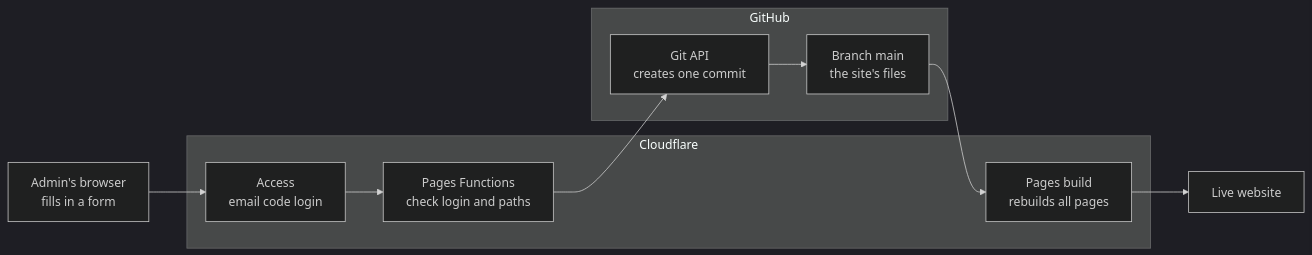
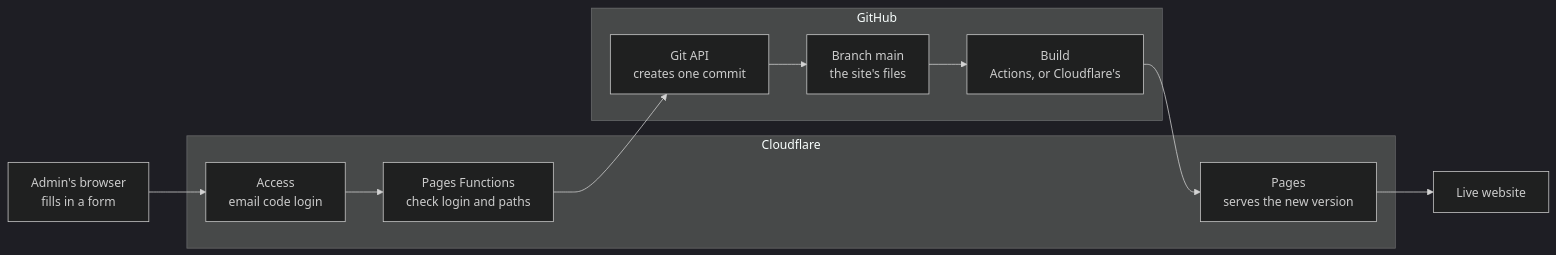
Before and after one commit to frankspeak/site-kit: the diagram in README.md, drawn with Mermaid (dark theme). The commit also changed other lines of this file and 2 other files, not shown here.

Commit message:
README: the build is GitHub Actions or Cloudflare's, not always Cloudflare; layout, private domains dependency, GitHub App reason. Setup script: unconfirmed info@ addresses counted in the summary (test), notes listed once, Worker compatibility date 2026-10-07, docstring points to the README

````diff
--- a/README.md
+++ b/README.md
@@ -15,14 +15,15 @@
 ```mermaid
 flowchart LR
   B[Admin's browser<br>fills in a form]
   subgraph Cloudflare
     A[Access<br>email code login]
     F[Pages Functions<br>check login and paths]
-    P[Pages build<br>rebuilds all pages]
+    P[Pages<br>serves the new version]
   end
   subgraph GitHub
     G[Git API<br>creates one commit]
     M[Branch main<br>the site's files]
+    W[Build<br>Actions, or Cloudflare's]
   end
-  B --> A --> F --> G --> M --> P --> S[Live website]
+  B --> A --> F --> G --> M --> W --> P --> S[Live website]
 ```
````
